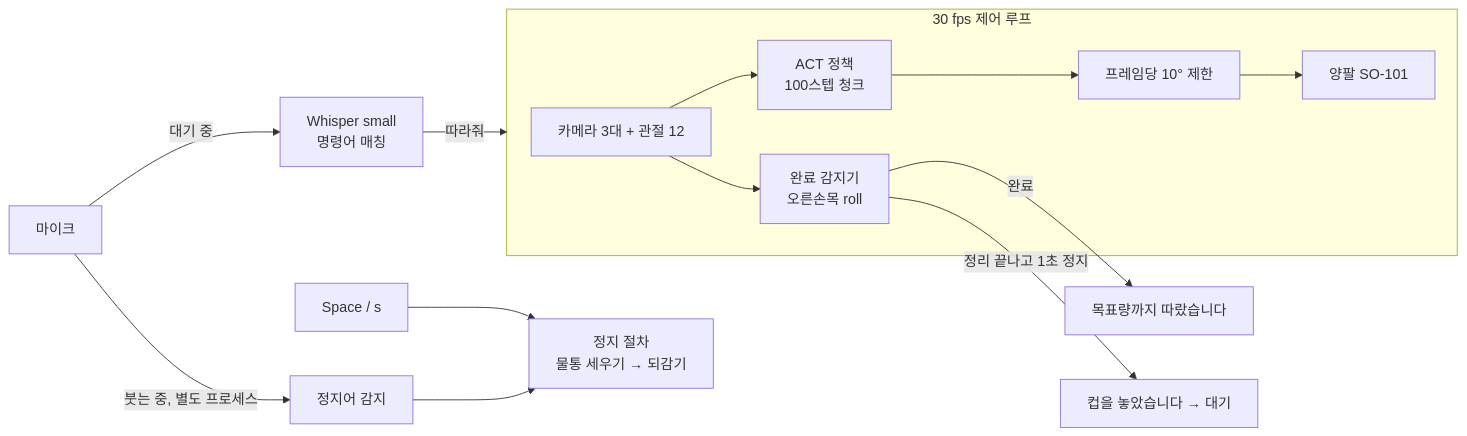
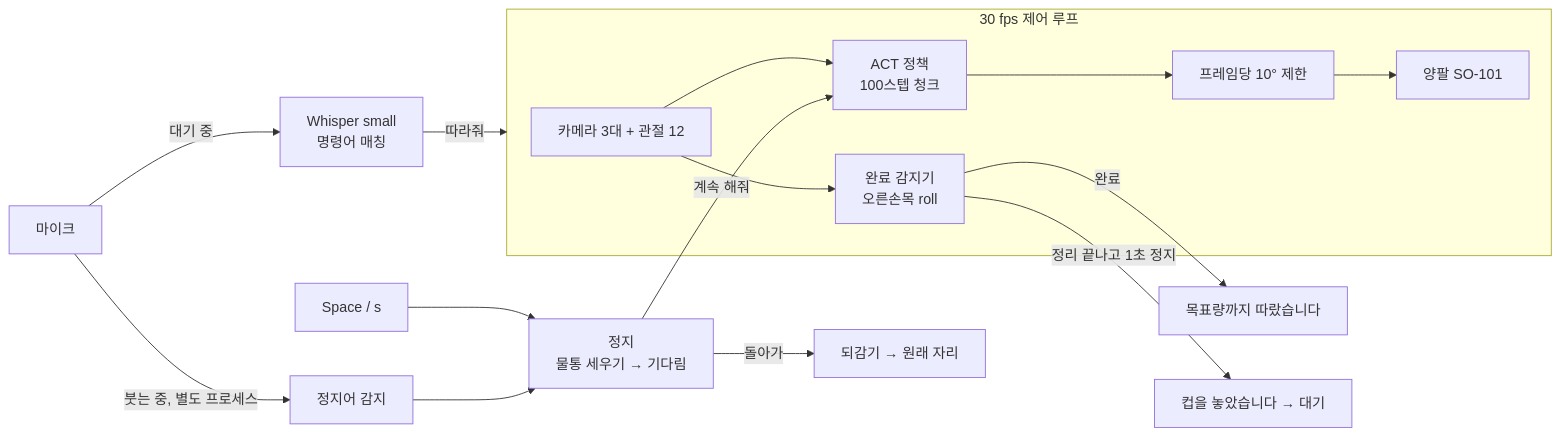
One commit to minsu1111111/lerobot_pac changed the second of 2 diagrams in README.md. Above: the diagram before and after it, drawn with Mermaid. The commit also changed other lines of this file and 6 other files, not shown here.

First line of the commit message:
붓는 중 정지 → 물통 세우고 기다림 → "돌아가"(되감기) / "계속 해줘"(이어서)

````diff
--- a/README.md
+++ b/README.md
@@ -106,15 +109,17 @@
 ```mermaid
 flowchart LR
     MIC[마이크] -->|대기 중| STT[Whisper small<br/>명령어 매칭]
     STT -->|따라줘| LOOP
     subgraph LOOP[30 fps 제어 루프]
         CAM[카메라 3대 + 관절 12] --> ACT[ACT 정책<br/>100스텝 청크]
         ACT --> CLAMP[프레임당 10° 제한] --> ROBOT[양팔 SO-101]
         CAM --> DET[완료 감지기<br/>오른손목 roll]
     end
     MIC -->|붓는 중, 별도 프로세스| VSTOP[정지어 감지]
     KEY[Space / s] --> STOPR
-    VSTOP --> STOPR[정지 절차<br/>물통 세우기 → 되감기]
+    VSTOP --> STOPR[정지<br/>물통 세우기 → 기다림]
+    STOPR -->|돌아가| BACK[되감기 → 원래 자리]
+    STOPR -->|계속 해줘| ACT
     DET -->|완료| TTS1[목표량까지 따랐습니다]
     DET -->|정리 끝나고 1초 정지| TTS2[컵을 놓았습니다 → 대기]
 ```
````
